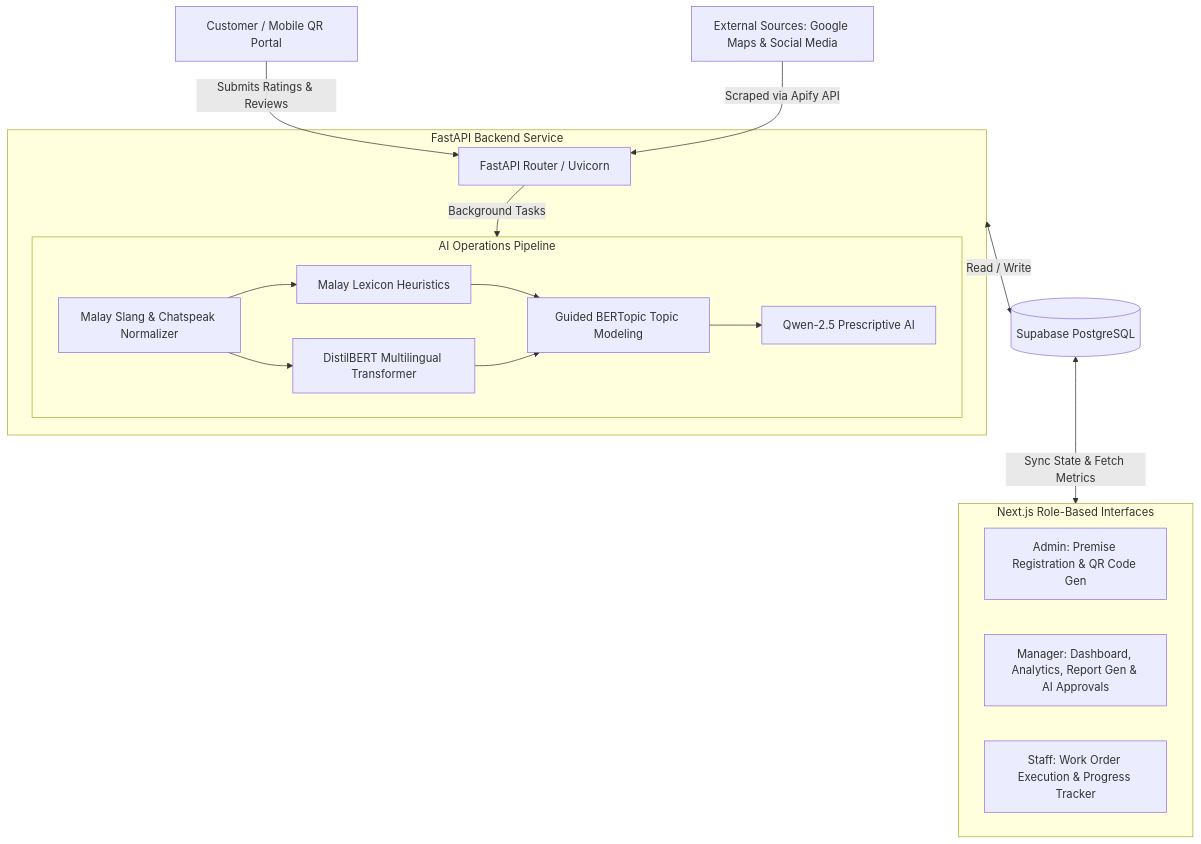
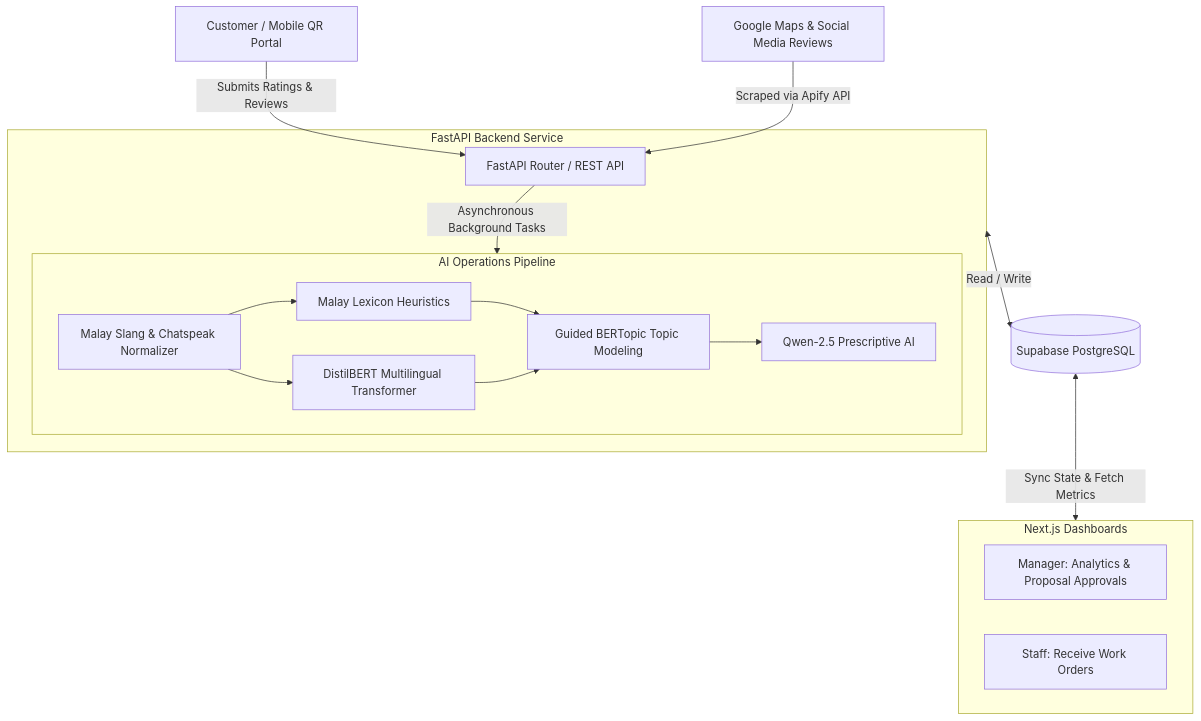
The first of 3 diagrams in README.md (joshuwaw/FoodLytics-System), drawn with Mermaid before and after one commit. The commit also changed other lines of this file, not shown here.

Commit message:
docs: Update system architecture and add AI pipeline diagrams in English

````diff
--- a/README.md
+++ b/README.md
@@ -14,35 +14,34 @@
 ```mermaid
 graph TD
     %% Inputs
     Customer[Customer / Mobile QR Portal] -->|Submits Ratings & Reviews| API
-    ExtReviews[External Sources: Google Maps & Social Media] -->|Scraped via Apify API| API
+    ExtReviews[Google Maps & Social Media Reviews] -->|Scraped via Apify API| API
 
     subgraph Backend [FastAPI Backend Service]
-        API[FastAPI Router / Uvicorn] -->|Background Tasks| Pipeline
+        API[FastAPI Router / REST API] -->|Asynchronous Background Tasks| Pipeline
         
         subgraph Pipeline [AI Operations Pipeline]
             Slang[Malay Slang & Chatspeak Normalizer]
             Lexicon[Malay Lexicon Heuristics]
             DistilBERT[DistilBERT Multilingual Transformer]
             TopicClustering[Guided BERTopic Topic Modeling]
             LLMEngine[Qwen-2.5 Prescriptive AI]
             
             Slang --> Lexicon
             Slang --> DistilBERT
             Lexicon & DistilBERT --> TopicClustering
             TopicClustering --> LLMEngine
         end
     end
 
     %% Database
     Backend <-->|Read / Write| DB[(Supabase PostgreSQL)]
 
     %% Dashboards
-    DB <-->|Sync State & Fetch Metrics| Frontend[Next.js Dashboards]
+    DB <-->|Sync State & Fetch Metrics| Frontend[Next.js Role-Based Interfaces]
     
-    subgraph Frontend [Next.js Role-Based Interfaces]
-        AdminDash[Admin: Premise Registration & QR Code Gen]
-        ManagerDash[Manager: Dashboard, Analytics, Report Gen & AI Approvals]
-        StaffDash[Staff: Work Order Execution & Progress Tracker]
+    subgraph Frontend [Next.js Dashboards]
+        ManagerDash[Manager: Analytics & Proposal Approvals]
+        StaffDash[Staff: Receive Work Orders]
     end
 ```
````
